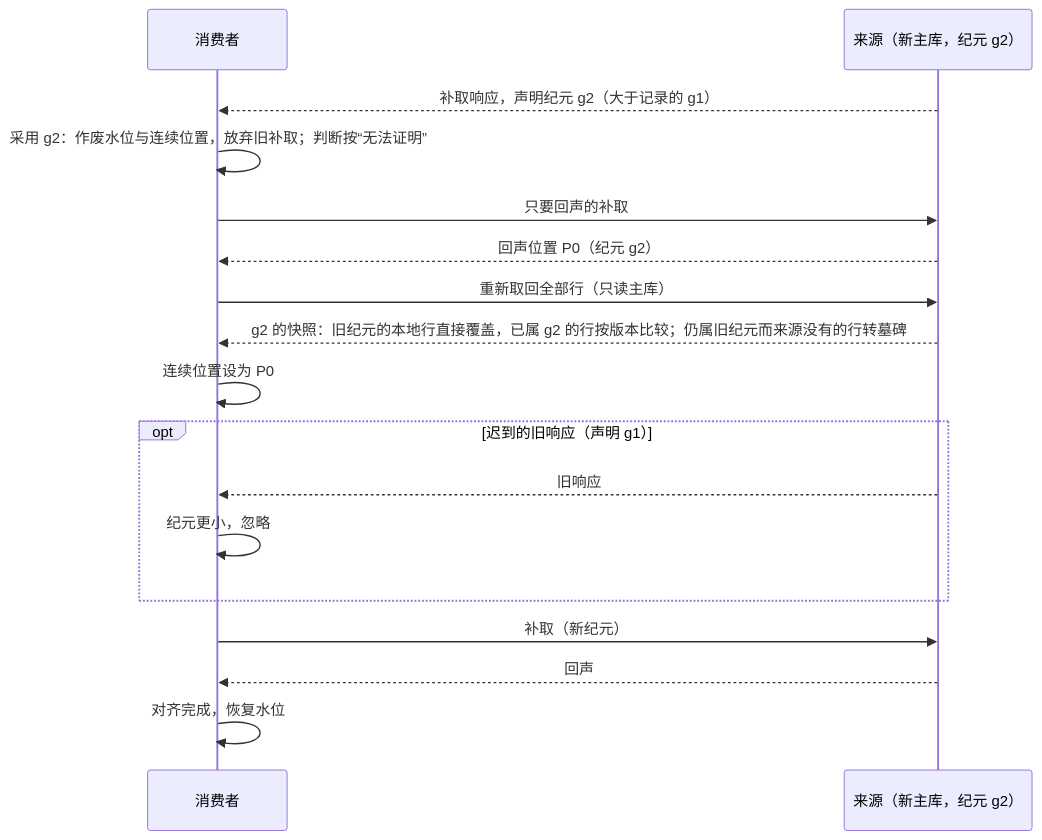
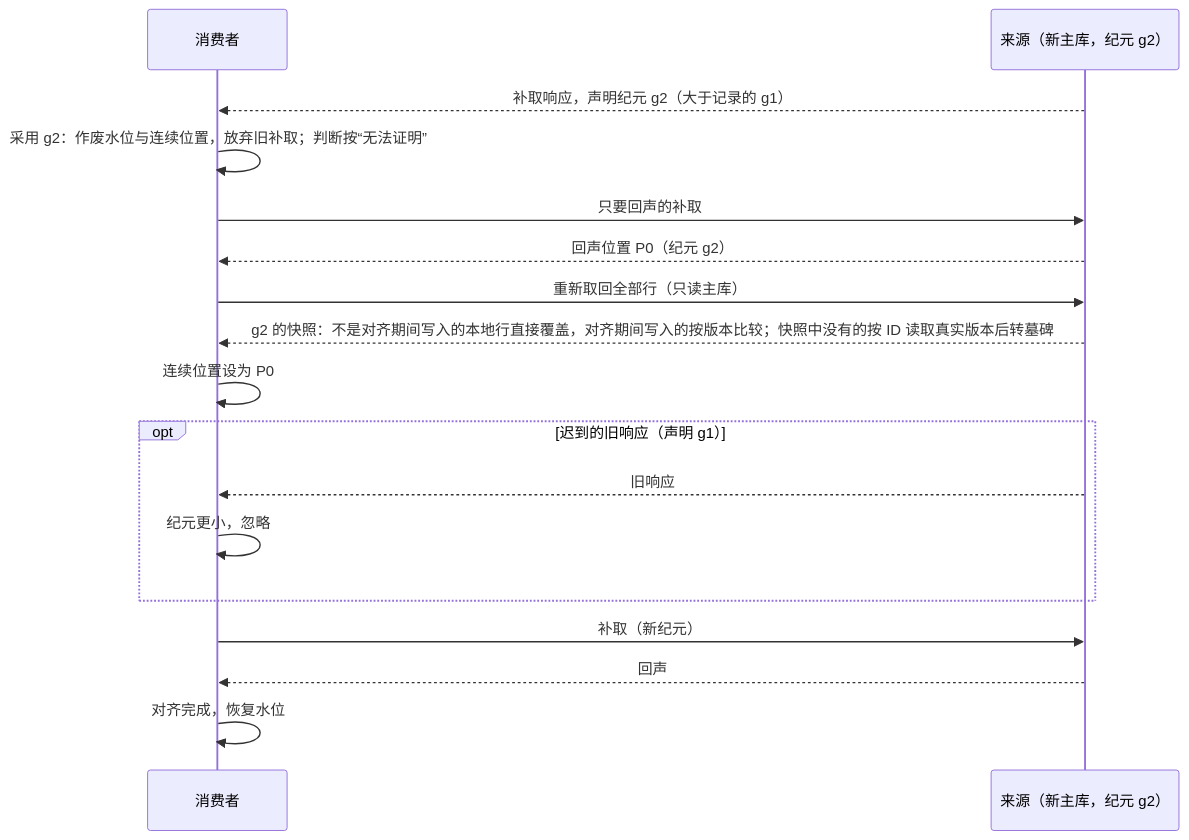
One commit to brickKit/be-assembly-standard changed the second of 2 diagrams in tempDocs/final/06-protocols/02-projections.md. Above: the diagram before and after it, drawn with Mermaid. The commit also changed other lines of this file and 18 other files, not shown here.

````diff
--- a/tempDocs/final/06-protocols/02-projections.md
+++ b/tempDocs/final/06-protocols/02-projections.md
@@ -144,19 +146,19 @@
 ```mermaid
 sequenceDiagram
     participant C as 消费者
     participant S as 来源（新主库，纪元 g2）
     S-->>C: 补取响应，声明纪元 g2（大于记录的 g1）
     C->>C: 采用 g2：作废水位与连续位置，放弃旧补取；判断按“无法证明”
     C->>S: 只要回声的补取
     S-->>C: 回声位置 P0（纪元 g2）
     C->>S: 重新取回全部行（只读主库）
-    S-->>C: g2 的快照：旧纪元的本地行直接覆盖，已属 g2 的行按版本比较；仍属旧纪元而来源没有的行转墓碑
+    S-->>C: g2 的快照：不是对齐期间写入的本地行直接覆盖，对齐期间写入的按版本比较；快照中没有的按 ID 读取真实版本后转墓碑
     C->>C: 连续位置设为 P0
     opt 迟到的旧响应（声明 g1）
         S-->>C: 旧响应
         C->>C: 纪元更小，忽略
     end
     C->>S: 补取（新纪元）
     S-->>C: 回声
     C->>C: 对齐完成，恢复水位
 ```
````
